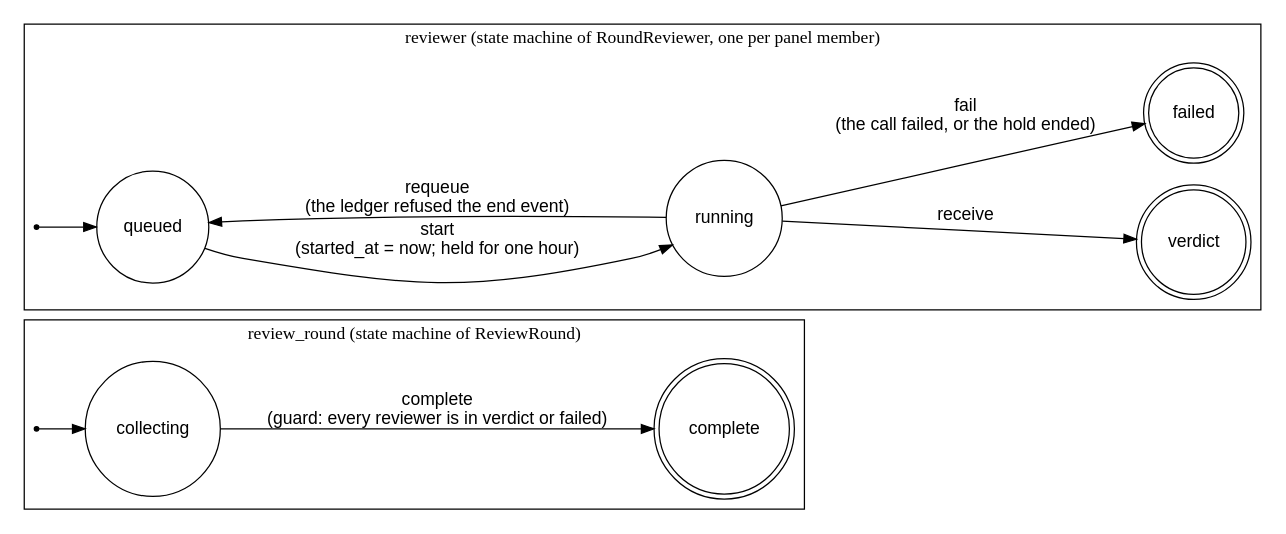
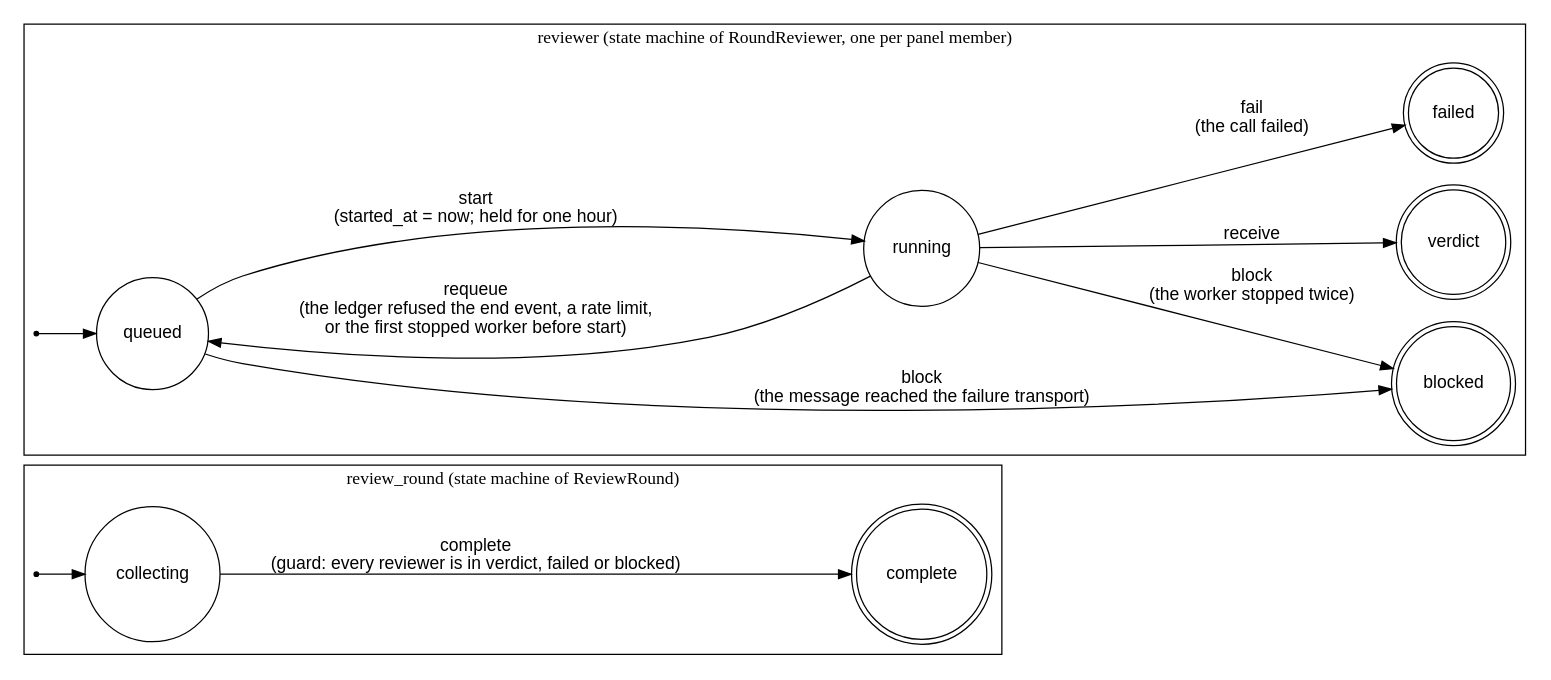
Before and after one commit to shinyredapples/intakt: the diagram in docs/architecture/review-round.dot, drawn with Graphviz. The commit also changed 4 other files, not shown here.

Commit message:
docs: describe blocked reviewers, the rate-limit retry and the per-account semaphore

```diff
--- a/docs/architecture/review-round.dot
+++ b/docs/architecture/review-round.dot
@@ -1,30 +1,33 @@
-// The state machines of a review round (plan task T9, part 2). Render with: dot -Tsvg review-round.dot
+// The state machines of a review round (plan task T9, parts 2 and 3). Render with: dot -Tsvg review-round.dot
 // The places and transitions are the cases of RoundState, ReviewerState and ReviewerTransition and the constant ReviewRound::COMPLETION in src/Core/Review/Domain/, which config/packages/workflow.php turns into the two workflows.
 digraph review_round {
     rankdir=LR;
     node [shape=circle, fontname="Helvetica"];
     edge [fontname="Helvetica"];
 
     subgraph cluster_round {
         label="review_round (state machine of ReviewRound)";
         round_start [shape=point, label=""];
         collecting;
         complete [shape=doublecircle];
         round_start -> collecting;
-        collecting -> complete [label="complete\n(guard: every reviewer is in verdict or failed)"];
+        collecting -> complete [label="complete\n(guard: every reviewer is in verdict, failed or blocked)"];
     }
 
     subgraph cluster_reviewer {
         label="reviewer (state machine of RoundReviewer, one per panel member)";
         reviewer_start [shape=point, label=""];
         queued;
         running;
         verdict [shape=doublecircle];
         failed [shape=doublecircle];
+        blocked [shape=doublecircle];
         reviewer_start -> queued;
         queued -> running [label="start\n(started_at = now; held for one hour)"];
         running -> verdict [label="receive"];
-        running -> failed [label="fail\n(the call failed, or the hold ended)"];
-        running -> queued [label="requeue\n(the ledger refused the end event)"];
+        running -> failed [label="fail\n(the call failed)"];
+        running -> queued [label="requeue\n(the ledger refused the end event, a rate limit,\nor the first stopped worker before start)"];
+        running -> blocked [label="block\n(the worker stopped twice)"];
+        queued -> blocked [label="block\n(the message reached the failure transport)"];
     }
 }
```
